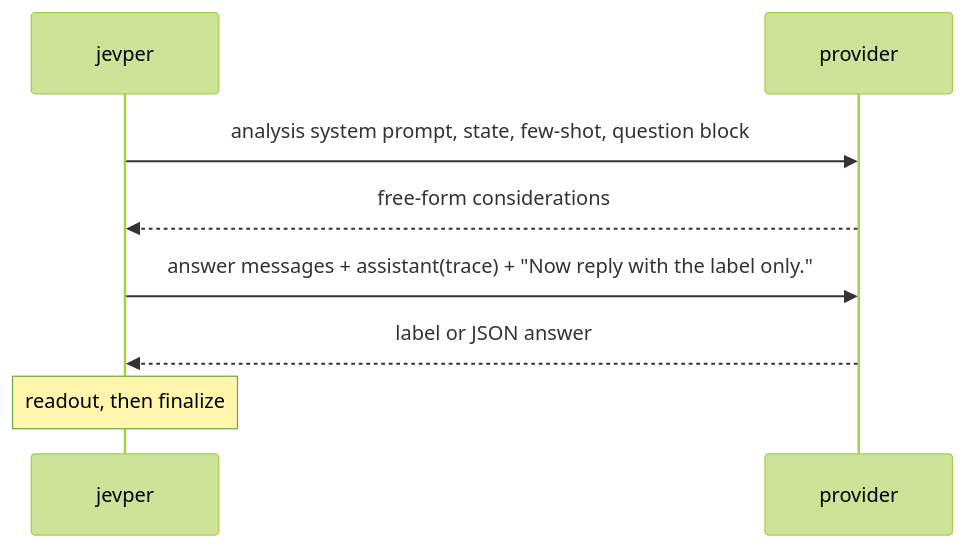
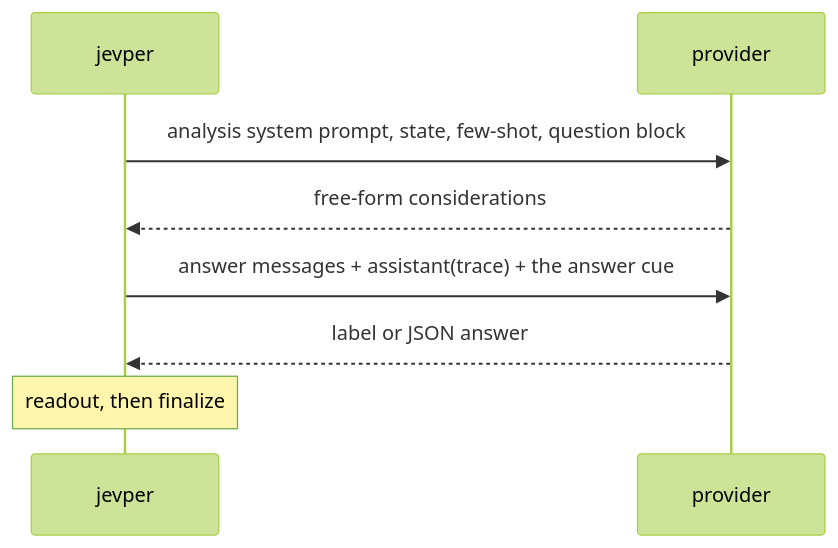
The second of 2 diagrams in docs/reasoning.md (zhulinchng/jevper), drawn with Mermaid (forest theme) before and after one commit. The commit also changed other lines of this file and 17 other files, not shown here.

````diff
--- a/docs/reasoning.md
+++ b/docs/reasoning.md
@@ -57,10 +57,10 @@
 ```mermaid
 sequenceDiagram
     participant C as jevper
     participant P as provider
     C->>P: analysis system prompt, state, few-shot, question block
     P-->>C: free-form considerations
-    C->>P: answer messages + assistant(trace) + "Now reply with the label only."
+    C->>P: answer messages + assistant(trace) + the answer cue
     P-->>C: label or JSON answer
     Note over C: readout, then finalize
 ```
````
